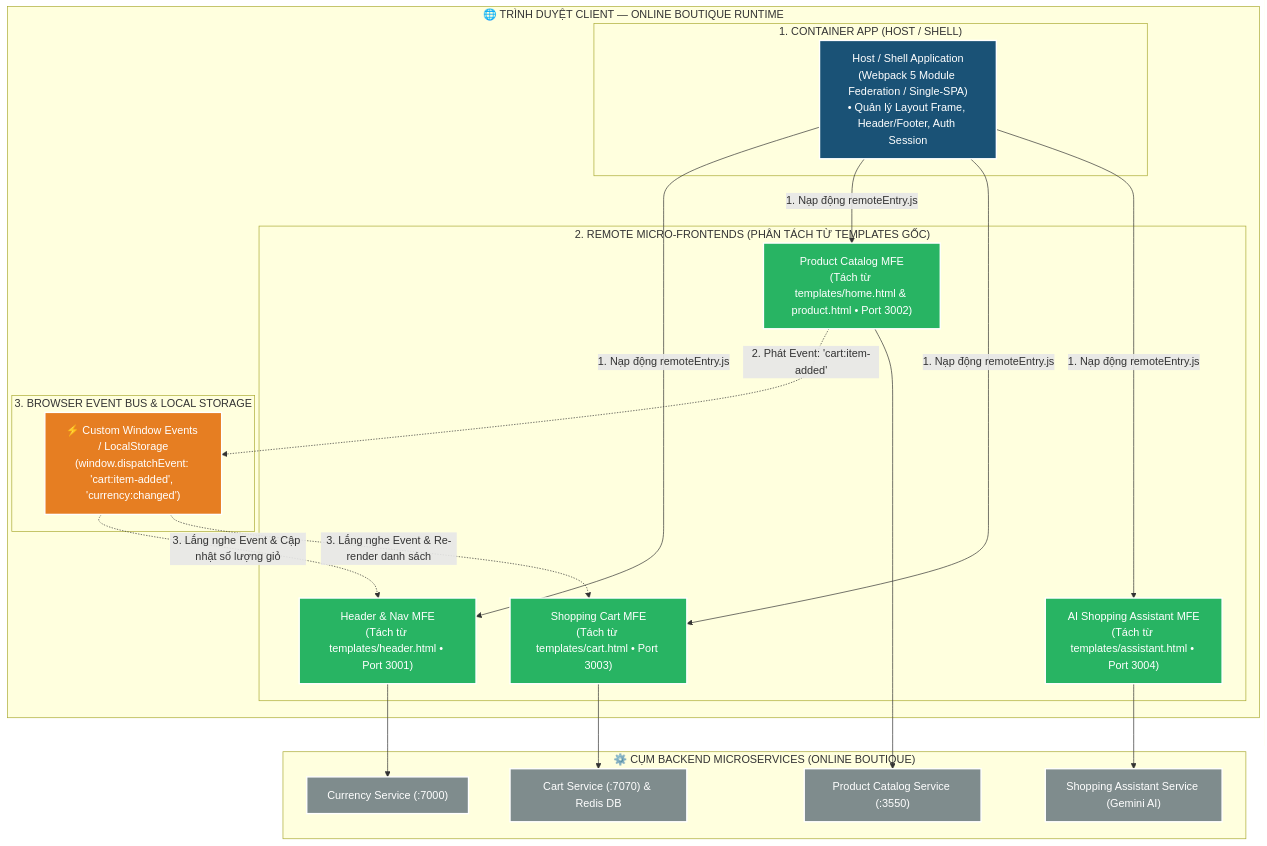
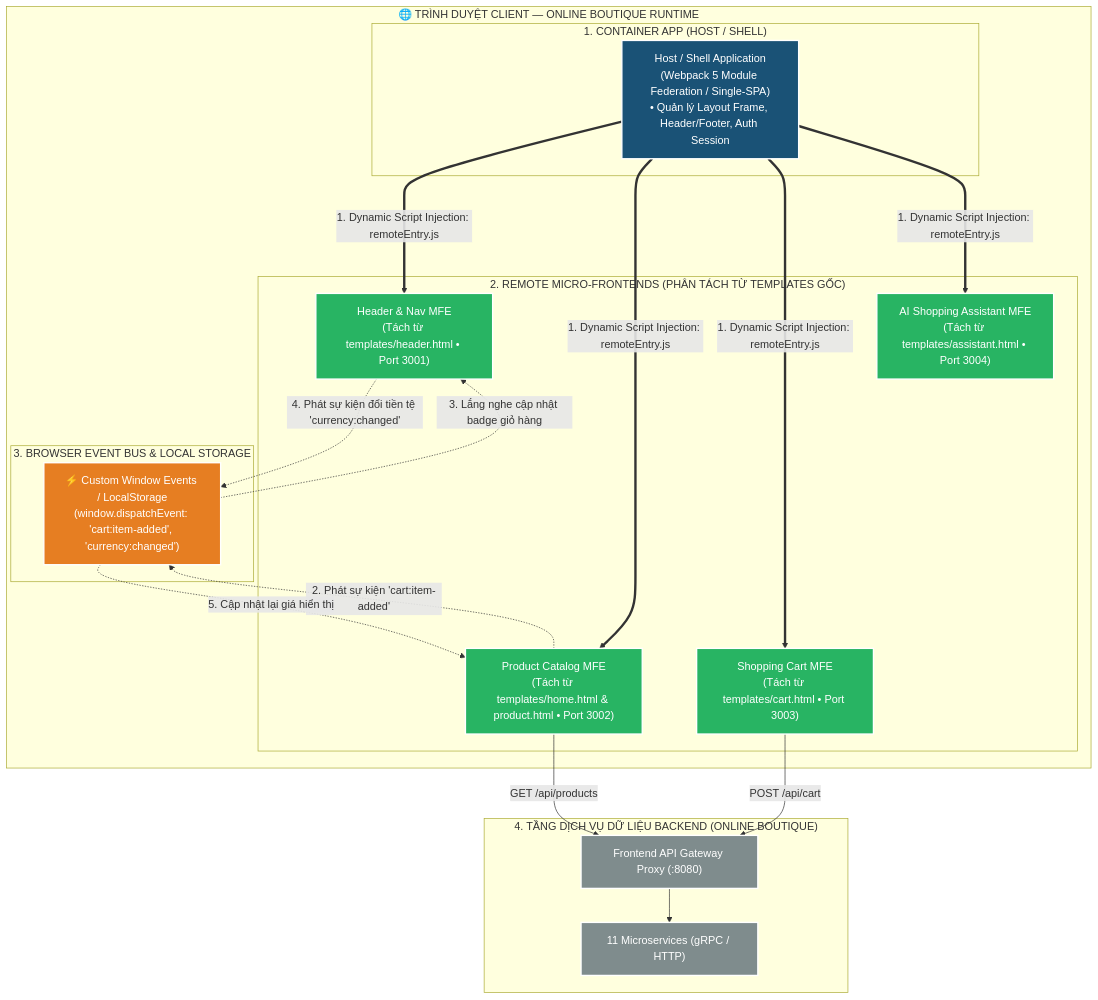
Before and after one commit to Bubusr/FULL_KTPM: the first of 2 diagrams in refine6_7.md, drawn with Mermaid. The commit also changed other lines of this file and 21 other files, not shown here.

````diff
--- a/refine6_7.md
+++ b/refine6_7.md
@@ -68,48 +64,46 @@
 ```mermaid
 graph TD
     classDef hostStyle fill:#1a5276,stroke:#fff,stroke-width:2px,color:#fff;
     classDef remoteStyle fill:#28b463,stroke:#fff,stroke-width:2px,color:#fff;
     classDef busStyle fill:#e67e22,stroke:#fff,stroke-width:2px,color:#fff;
     classDef backendStyle fill:#7f8c8d,stroke:#fff,stroke-width:2px,color:#fff;
 
     subgraph BROWSER_RUNTIME["🌐 TRÌNH DUYỆT CLIENT — ONLINE BOUTIQUE RUNTIME"]
         subgraph HOST_SHELL["1. CONTAINER APP (HOST / SHELL)"]
             Shell["Host / Shell Application<br>(Webpack 5 Module Federation / Single-SPA)<br>• Quản lý Layout Frame, Header/Footer, Auth Session"]:::hostStyle
         end
 
         subgraph REMOTES["2. REMOTE MICRO-FRONTENDS (PHÂN TÁCH TỪ TEMPLATES GỐC)"]
             HeaderMFE["Header & Nav MFE<br>(Tách từ templates/header.html • Port 3001)"]:::remoteStyle
             CatalogMFE["Product Catalog MFE<br>(Tách từ templates/home.html & product.html • Port 3002)"]:::remoteStyle
             CartMFE["Shopping Cart MFE<br>(Tách từ templates/cart.html • Port 3003)"]:::remoteStyle
             AssistantMFE["AI Shopping Assistant MFE<br>(Tách từ templates/assistant.html • Port 3004)"]:::remoteStyle
         end
 
         subgraph EVENT_BUS["3. BROWSER EVENT BUS & LOCAL STORAGE"]
             Bus["⚡ Custom Window Events / LocalStorage<br>(window.dispatchEvent: 'cart:item-added', 'currency:changed')"]:::busStyle
         end
     end
 
-    subgraph BACKEND_SERVICES["⚙️ CỤM BACKEND MICROSERVICES (ONLINE BOUTIQUE)"]
-        CatalogSvc["Product Catalog Service (:3550)"]:::backendStyle
-        CartSvc["Cart Service (:7070) & Redis DB"]:::backendStyle
-        CurrencySvc["Currency Service (:7000)"]:::backendStyle
-        AssistantSvc["Shopping Assistant Service (Gemini AI)"]:::backendStyle
+    subgraph BACKEND_GATEWAY["4. TẦNG DỊCH VỤ DỮ LIỆU BACKEND (ONLINE BOUTIQUE)"]
+        APIGW["Frontend API Gateway Proxy (:8080)"]:::backendStyle
+        K8sServices["11 Microservices (gRPC / HTTP)"]:::backendStyle
     end
 
-    %% KẾT HỢP GIAO DIỆN (COMPOSITION)
-    Shell -->|1. Nạp động remoteEntry.js| HeaderMFE
-    Shell -->|1. Nạp động remoteEntry.js| CatalogMFE
-    Shell -->|1. Nạp động remoteEntry.js| CartMFE
-    Shell -->|1. Nạp động remoteEntry.js| AssistantMFE
+    %% Tích hợp Module Federation
+    Shell ===>|1. Dynamic Script Injection: remoteEntry.js| HeaderMFE
+    Shell ===>|1. Dynamic Script Injection: remoteEntry.js| CatalogMFE
+    Shell ===>|1. Dynamic Script Injection: remoteEntry.js| CartMFE
+    Shell ===>|1. Dynamic Script Injection: remoteEntry.js| AssistantMFE
 
-    %% GIAO TIẾP (COMMUNICATION)
-    CatalogMFE -.->|2. Phát Event: 'cart:item-added'| Bus
-    Bus -.->|3. Lắng nghe Event & Cập nhật số lượng giỏ| HeaderMFE
-    Bus -.->|3. Lắng nghe Event & Re-render danh sách| CartMFE
+    %% Giao tiếp Event Bus
+    CatalogMFE -.->|2. Phát sự kiện 'cart:item-added'| Bus
+    Bus -.->|3. Lắng nghe cập nhật badge giỏ hàng| HeaderMFE
+    HeaderMFE -.->|4. Phát sự kiện đổi tiền tệ 'currency:changed'| Bus
+    Bus -.->|5. Cập nhật lại giá hiển thị| CatalogMFE
 
-    %% GỌI XUỐNG BACKEND
-    CatalogMFE --> CatalogSvc
-    CartMFE --> CartSvc
-    HeaderMFE --> CurrencySvc
-    AssistantMFE --> AssistantSvc
+    %% Gọi API Backend
+    CatalogMFE -->|GET /api/products| APIGW
+    CartMFE -->|POST /api/cart| APIGW
+    APIGW --> K8sServices
 ```
````
